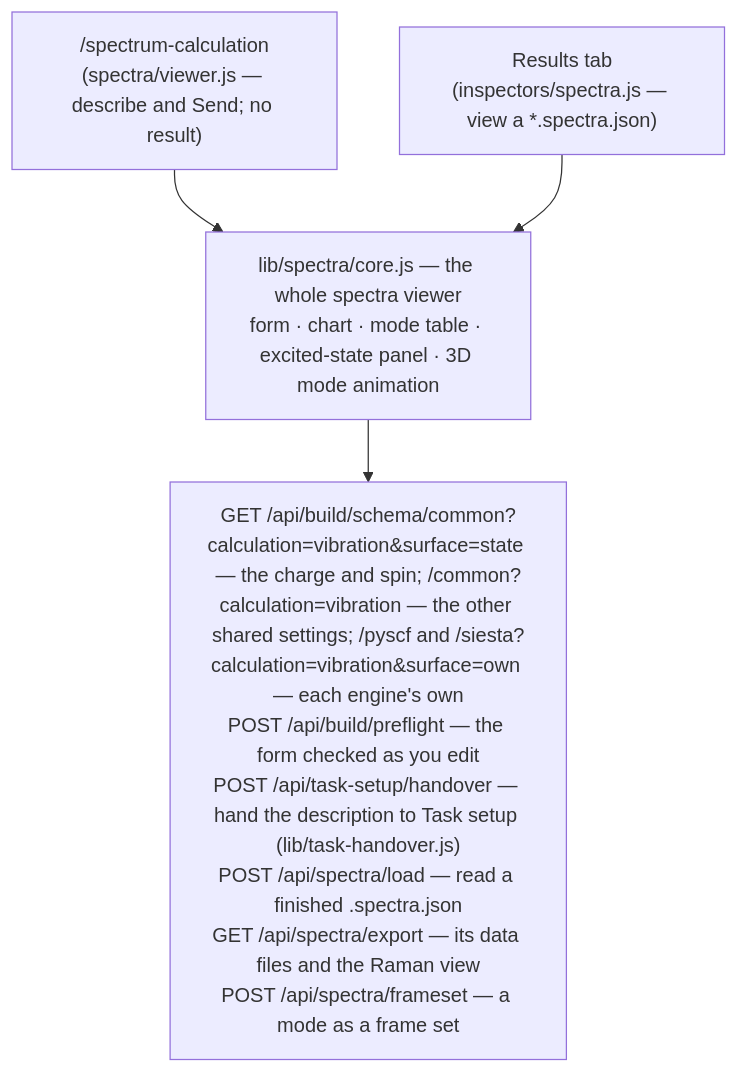
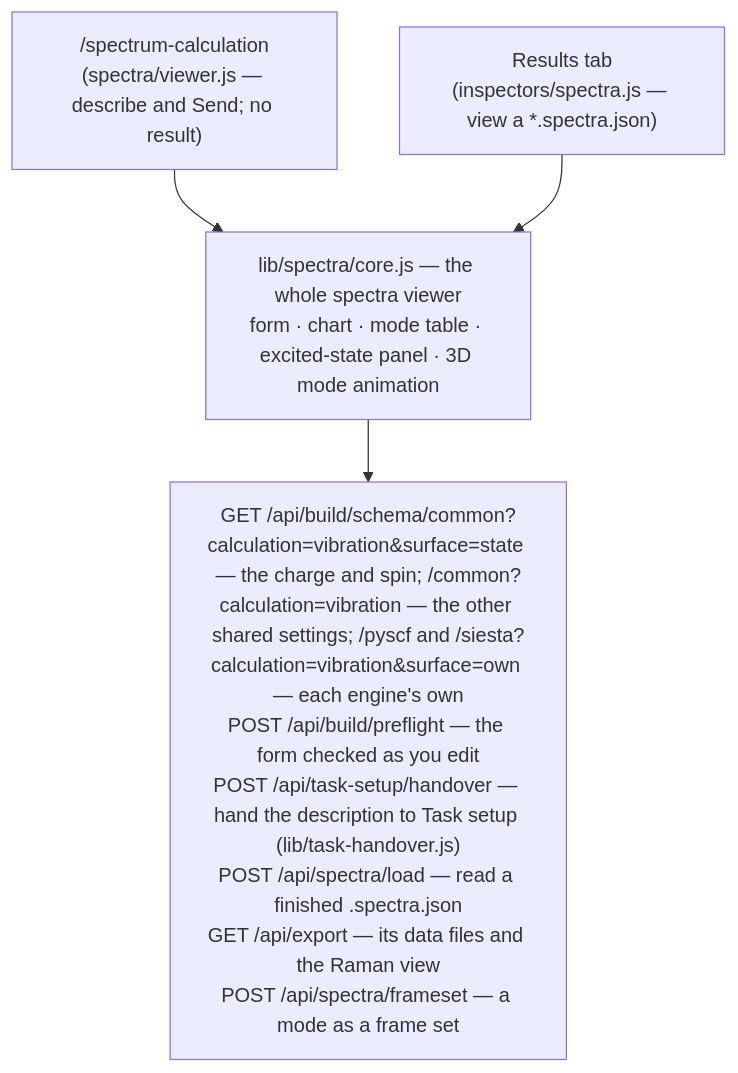
One commit to Qing-LAB/molbuilder changed the diagram in docs/web/spectra.md. Above: the diagram before and after it, drawn with Mermaid. The commit also changed other lines of this file and 26 other files, not shown here.

````diff
--- a/docs/web/spectra.md
+++ b/docs/web/spectra.md
@@ -56,7 +56,7 @@
 ```mermaid
 flowchart TD
   ENG["lib/spectra/core.js — the whole spectra viewer<br/>form · chart · mode table · excited-state panel · 3D mode animation"]
   TAB["/spectrum-calculation<br/>(spectra/viewer.js — describe and Send; no result)"] --> ENG
   RES["Results tab<br/>(inspectors/spectra.js — view a *.spectra.json)"] --> ENG
-  ENG --> API["GET /api/build/schema/common?calculation=vibration&surface=state — the charge and spin; /common?calculation=vibration — the other shared settings; /pyscf and /siesta?calculation=vibration&surface=own — each engine's own<br/>POST /api/build/preflight — the form checked as you edit<br/>POST /api/task-setup/handover — hand the description to Task setup (lib/task-handover.js)<br/>POST /api/spectra/load — read a finished .spectra.json<br/>GET /api/spectra/export — its data files and the Raman view<br/>POST /api/spectra/frameset — a mode as a frame set"]
+  ENG --> API["GET /api/build/schema/common?calculation=vibration&surface=state — the charge and spin; /common?calculation=vibration — the other shared settings; /pyscf and /siesta?calculation=vibration&surface=own — each engine's own<br/>POST /api/build/preflight — the form checked as you edit<br/>POST /api/task-setup/handover — hand the description to Task setup (lib/task-handover.js)<br/>POST /api/spectra/load — read a finished .spectra.json<br/>GET /api/export — its data files and the Raman view<br/>POST /api/spectra/frameset — a mode as a frame set"]
 ```
````
